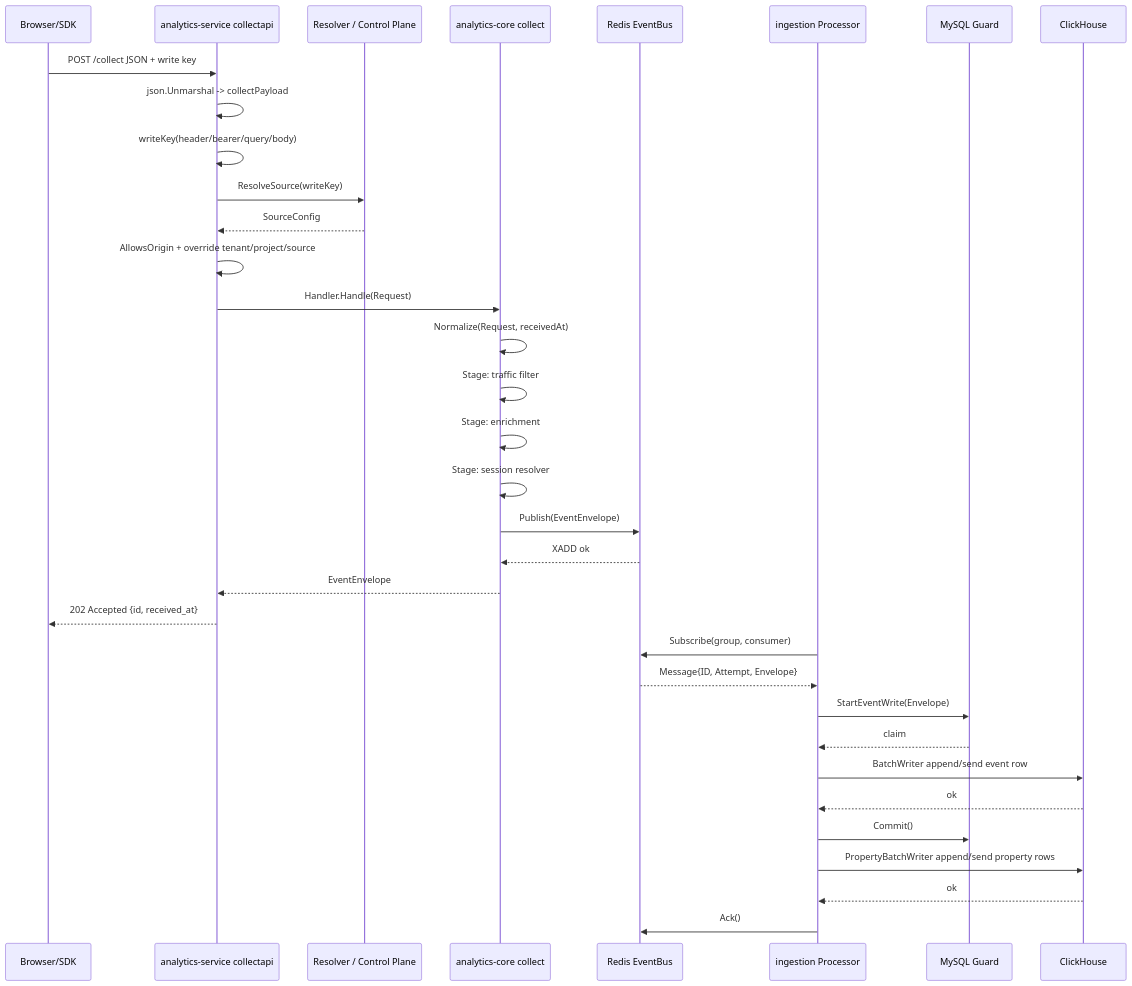
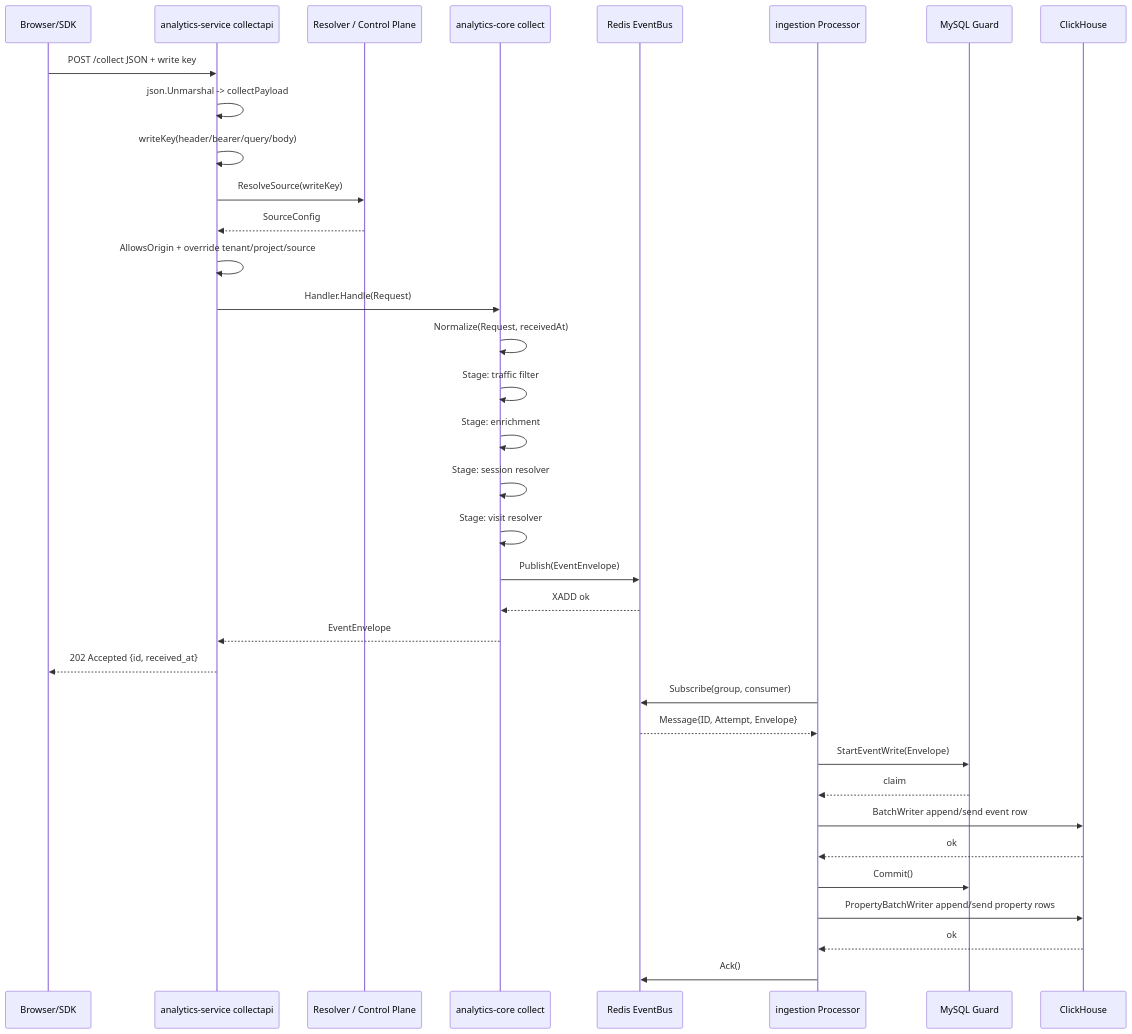
One commit to RoggerZ/uba changed the second of 5 diagrams in docs/analytics-source-reading/data-flow-analysis.md. Above: the diagram before and after it, drawn with Mermaid. The commit also changed other lines of this file and 5 other files, not shown here.

````diff
--- a/docs/analytics-source-reading/data-flow-analysis.md
+++ b/docs/analytics-source-reading/data-flow-analysis.md
@@ -284,38 +290,39 @@
 ```mermaid
 sequenceDiagram
     participant SDK as Browser/SDK
     participant API as analytics-service collectapi
     participant CP as Resolver / Control Plane
     participant Core as analytics-core collect
     participant Bus as Redis EventBus
     participant Worker as ingestion Processor
     participant Guard as MySQL Guard
     participant CH as ClickHouse
 
     SDK->>API: POST /collect JSON + write key
     API->>API: json.Unmarshal -> collectPayload
     API->>API: writeKey(header/bearer/query/body)
     API->>CP: ResolveSource(writeKey)
     CP-->>API: SourceConfig
     API->>API: AllowsOrigin + override tenant/project/source
     API->>Core: Handler.Handle(Request)
     Core->>Core: Normalize(Request, receivedAt)
     Core->>Core: Stage: traffic filter
     Core->>Core: Stage: enrichment
     Core->>Core: Stage: session resolver
+    Core->>Core: Stage: visit resolver
     Core->>Bus: Publish(EventEnvelope)
     Bus-->>Core: XADD ok
     Core-->>API: EventEnvelope
     API-->>SDK: 202 Accepted {id, received_at}
 
     Worker->>Bus: Subscribe(group, consumer)
     Bus-->>Worker: Message{ID, Attempt, Envelope}
     Worker->>Guard: StartEventWrite(Envelope)
     Guard-->>Worker: claim
     Worker->>CH: BatchWriter append/send event row
     CH-->>Worker: ok
     Worker->>Guard: Commit()
     Worker->>CH: PropertyBatchWriter append/send property rows
     CH-->>Worker: ok
     Worker->>Bus: Ack()
 ```
````
